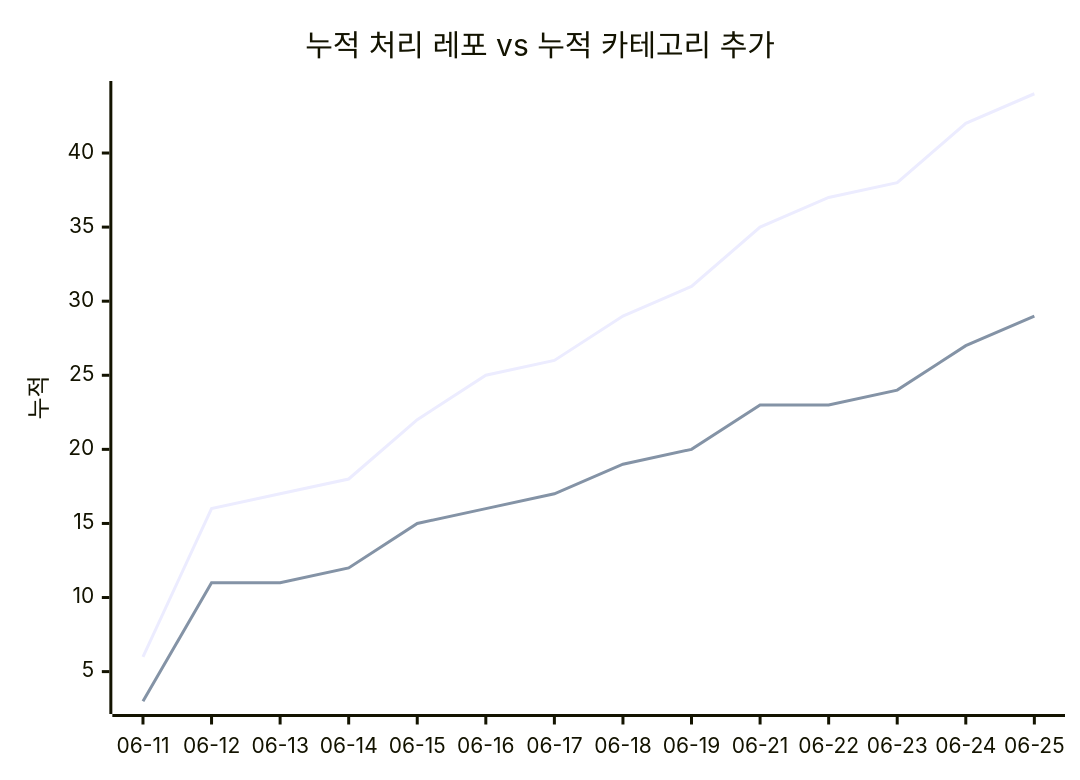
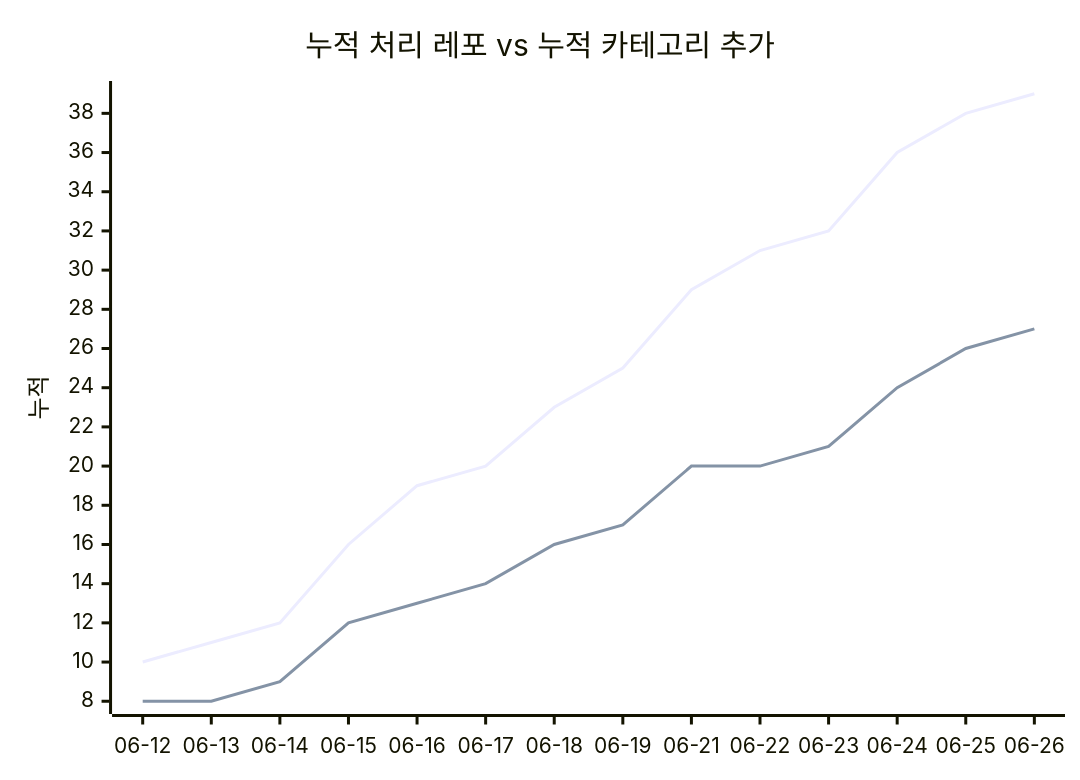
The second of 2 diagrams in docs/trends.md (J-nowcow/awesome-korean-agent-skills), drawn with Mermaid before and after one commit. The commit also changed other lines of this file and 3 other files, not shown here.

````diff
--- a/docs/trends.md
+++ b/docs/trends.md
@@ -68,8 +68,8 @@
 ```mermaid
 xychart-beta
     title "누적 처리 레포 vs 누적 카테고리 추가"
-    x-axis ["06-11","06-12","06-13","06-14","06-15","06-16","06-17","06-18","06-19","06-21","06-22","06-23","06-24","06-25"]
+    x-axis ["06-12","06-13","06-14","06-15","06-16","06-17","06-18","06-19","06-21","06-22","06-23","06-24","06-25","06-26"]
     y-axis "누적"
-    line [6,16,17,18,22,25,26,29,31,35,37,38,42,44]
-    line [3,11,11,12,15,16,17,19,20,23,23,24,27,29]
+    line [10,11,12,16,19,20,23,25,29,31,32,36,38,39]
+    line [8,8,9,12,13,14,16,17,20,20,21,24,26,27]
 ```
````
